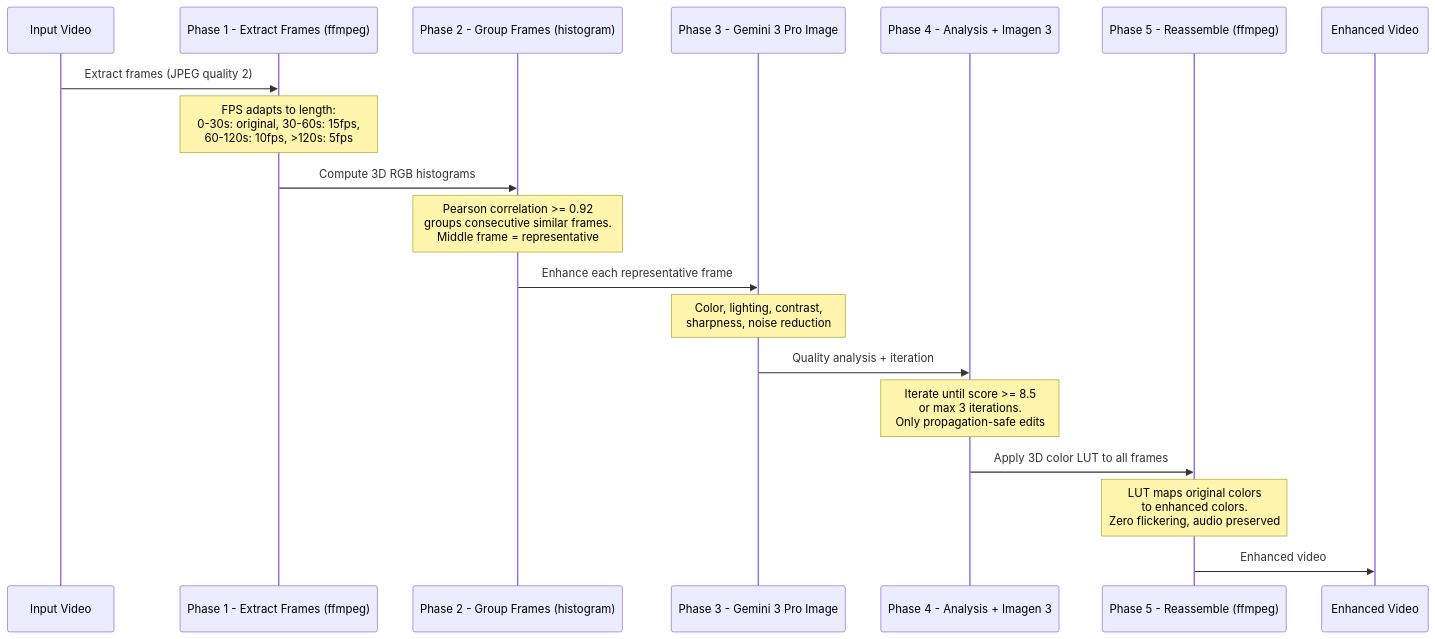
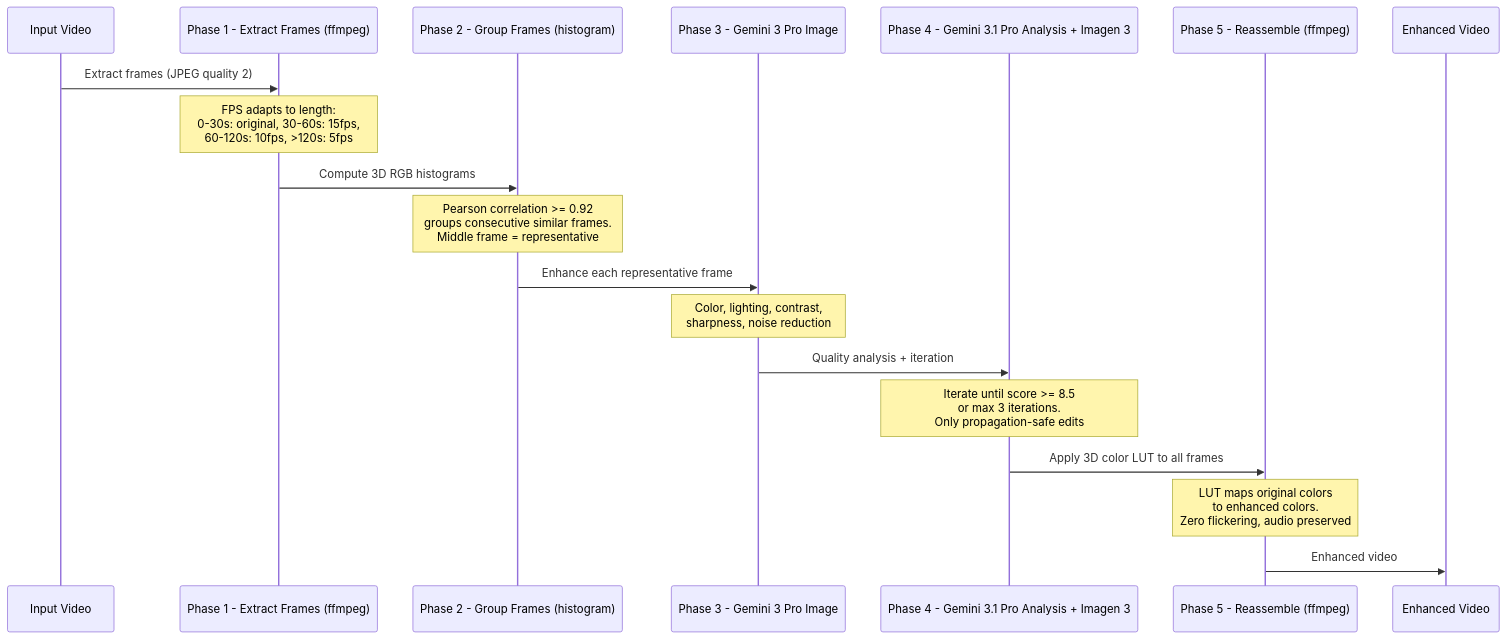
One commit to francis-pang/ai-social-media-helper changed the second of 2 diagrams in docs/video-processing.md. Above: the diagram before and after it, drawn with Mermaid. The commit also changed 19 other files, not shown here.

First line of the commit message:
Upgrade Gemini Pro model from 3.0 to 3.1 (DDR-064)

````diff
--- a/docs/video-processing.md
+++ b/docs/video-processing.md
@@ -55,22 +55,22 @@
 ```mermaid
 sequenceDiagram
     participant Video as Input Video
     participant Extract as Phase 1 - Extract Frames (ffmpeg)
     participant Group as Phase 2 - Group Frames (histogram)
     participant Enhance as Phase 3 - Gemini 3 Pro Image
-    participant Analyze as Phase 4 - Analysis + Imagen 3
+    participant Analyze as Phase 4 - Gemini 3.1 Pro Analysis + Imagen 3
     participant Reassemble as Phase 5 - Reassemble (ffmpeg)
     participant Output as Enhanced Video
 
     Video->>Extract: Extract frames (JPEG quality 2)
     Note over Extract: FPS adapts to length:<br/>0-30s: original, 30-60s: 15fps,<br/>60-120s: 10fps, >120s: 5fps
     Extract->>Group: Compute 3D RGB histograms
     Note over Group: Pearson correlation >= 0.92<br/>groups consecutive similar frames.<br/>Middle frame = representative
     Group->>Enhance: Enhance each representative frame
     Note over Enhance: Color, lighting, contrast,<br/>sharpness, noise reduction
     Enhance->>Analyze: Quality analysis + iteration
     Note over Analyze: Iterate until score >= 8.5<br/>or max 3 iterations.<br/>Only propagation-safe edits
     Analyze->>Reassemble: Apply 3D color LUT to all frames
     Note over Reassemble: LUT maps original colors<br/>to enhanced colors.<br/>Zero flickering, audio preserved
     Reassemble->>Output: Enhanced video
 ```
````
